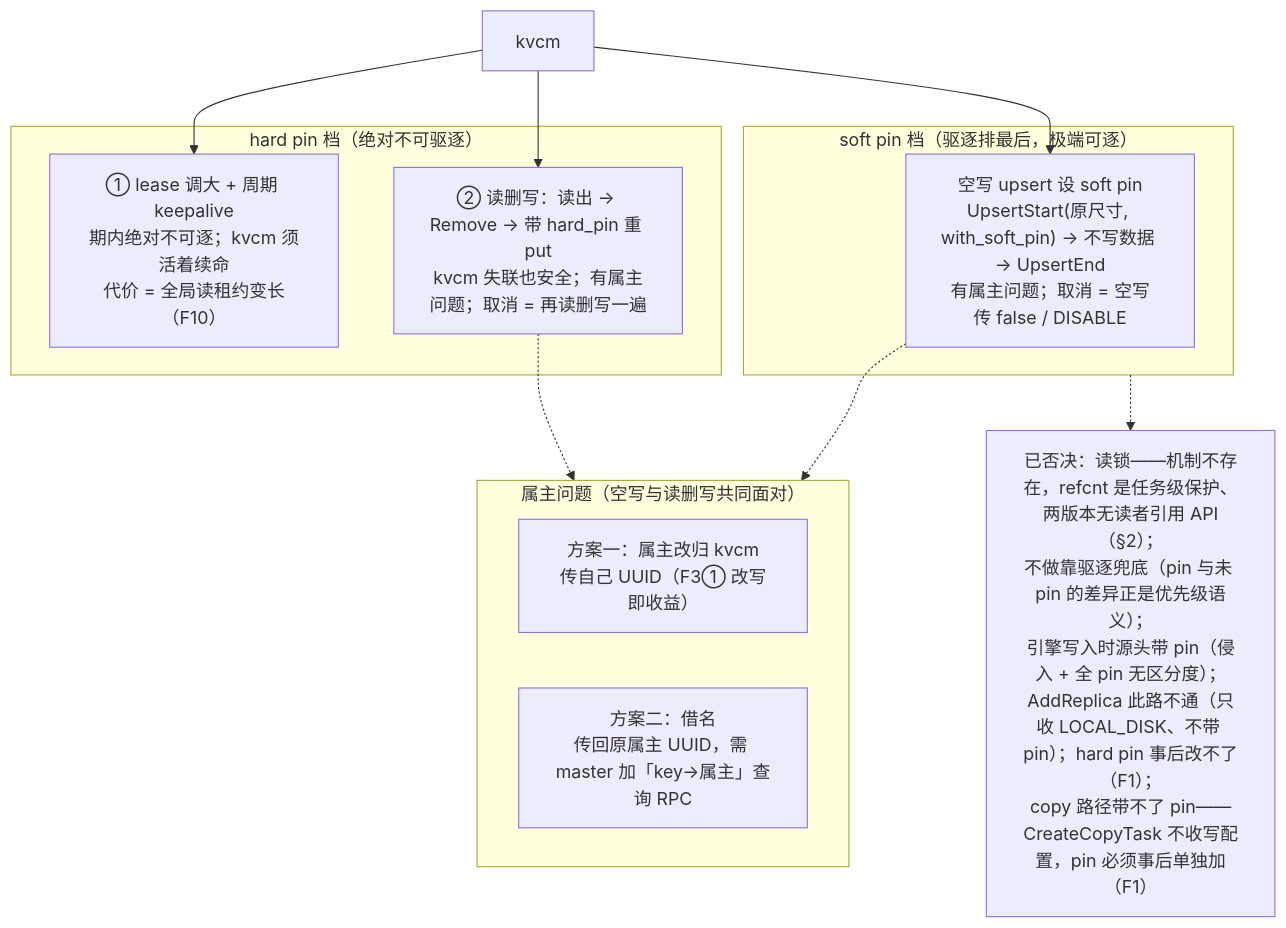
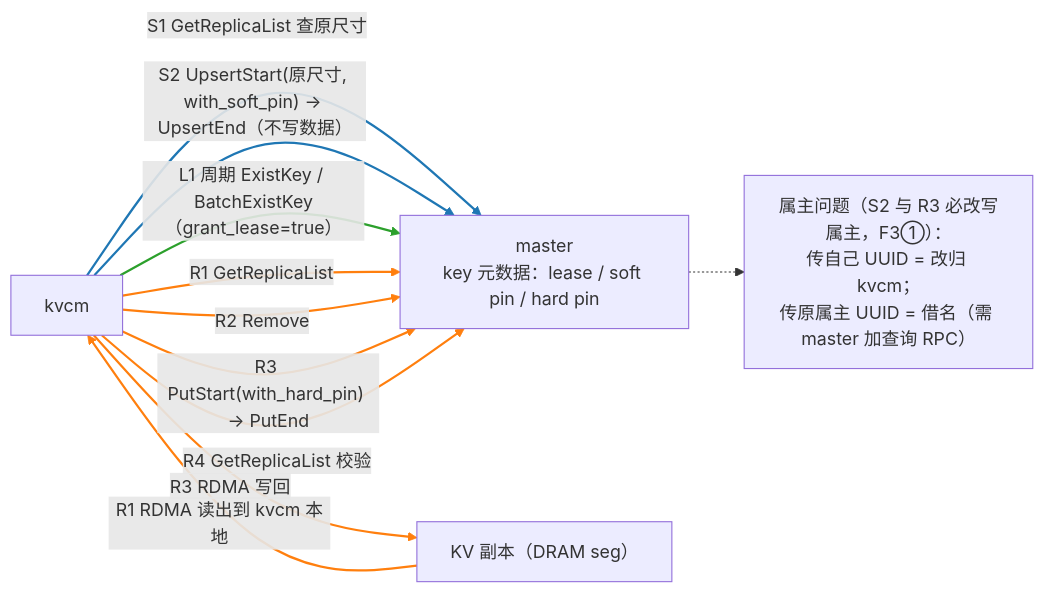
The fifth of 10 diagrams in kvcm/D2-kv-operations.md (5x8-40/lake), drawn with Mermaid before and after one commit. The commit also changed other lines of this file, not shown here.

Commit message:
docs(kvcm): 图④ pin 重画为动作路径图——连线颜色区分三方案
- 删「已否决」文字节点与全部方案描述框（效果/代价留正文表格）
- 三方案画成 kvcm→master→副本的动作路径：蓝=soft pin 档（空写
  upsert 两步）、绿=hard①（周期 ExistKey）、橙=hard②（读删写六步，
  含两条 RDMA 数据流粗线）
- 属主问题收为单个虚线注释节点（S2/R3 必改写属主，两 UUID 选择）

````diff
--- a/kvcm/D2-kv-operations.md
+++ b/kvcm/D2-kv-operations.md
@@ -355,21 +355,23 @@
 ```mermaid
-flowchart TB
+flowchart LR
     K["kvcm"]
-    subgraph SOFT["soft pin 档（驱逐排最后，极端可逐）"]
-        S1["空写 upsert 设 soft pin<br/>UpsertStart(原尺寸, with_soft_pin) → 不写数据 → UpsertEnd<br/>有属主问题；取消 = 空写传 false / DISABLE"]
-    end
-    subgraph HARD["hard pin 档（绝对不可驱逐）"]
-        H1["① lease 调大 + 周期 keepalive<br/>期内绝对不可逐；kvcm 须活着续命<br/>代价 = 全局读租约变长（F10）"]
-        H2["② 读删写：读出 → Remove → 带 hard_pin 重 put<br/>kvcm 失联也安全；有属主问题；取消 = 再读删写一遍"]
-    end
-    subgraph OWN["属主问题（空写与读删写共同面对）"]
-        O1["方案一：属主改归 kvcm<br/>传自己 UUID（F3① 改写即收益）"]
-        O2["方案二：借名<br/>传回原属主 UUID，需 master 加「key→属主」查询 RPC"]
-    end
-    K --> S1
-    K --> H1 & H2
-    S1 -.-> OWN
-    H2 -.-> OWN
-    N["已否决：读锁——机制不存在，refcnt 是任务级保护、两版本无读者引用 API（§2）；<br/>不做靠驱逐兜底（pin 与未 pin 的差异正是优先级语义）；<br/>引擎写入时源头带 pin（侵入 + 全 pin 无区分度）；<br/>AddReplica 此路不通（只收 LOCAL_DISK、不带 pin）；hard pin 事后改不了（F1）；<br/>copy 路径带不了 pin——CreateCopyTask 不收写配置，pin 必须事后单独加（F1）"]
-    SOFT -.-> N
+    M["master<br/>key 元数据：lease / soft pin / hard pin"]
+    D["KV 副本（DRAM seg）"]
+
+    K -->|"S1 GetReplicaList 查原尺寸"| M
+    K -->|"S2 UpsertStart(原尺寸, with_soft_pin) → UpsertEnd（不写数据）"| M
+    K -->|"L1 周期 ExistKey / BatchExistKey（grant_lease=true）"| M
+    K -->|"R1 GetReplicaList"| M
+    D ==>|"R1 RDMA 读出到 kvcm 本地"| K
+    K -->|"R2 Remove"| M
+    K -->|"R3 PutStart(with_hard_pin) → PutEnd"| M
+    K ==>|"R3 RDMA 写回"| D
+    K -->|"R4 GetReplicaList 校验"| M
+
+    OWN["属主问题（S2 与 R3 必改写属主，F3①）：<br/>传自己 UUID = 改归 kvcm；<br/>传原属主 UUID = 借名（需 master 加查询 RPC）"]
+    M -.-> OWN
+
+    linkStyle 0,1 stroke:#1f77b4,stroke-width:2px
+    linkStyle 2 stroke:#2ca02c,stroke-width:2px
+    linkStyle 3,4,5,6,7,8 stroke:#ff7f0e,stroke-width:2px
 ```
````
